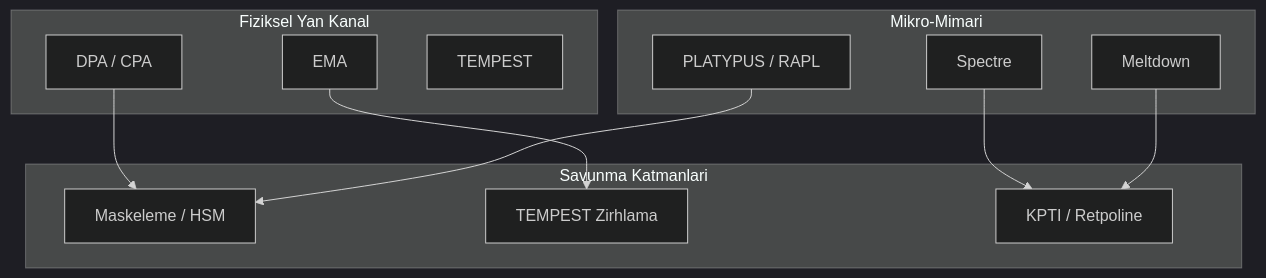
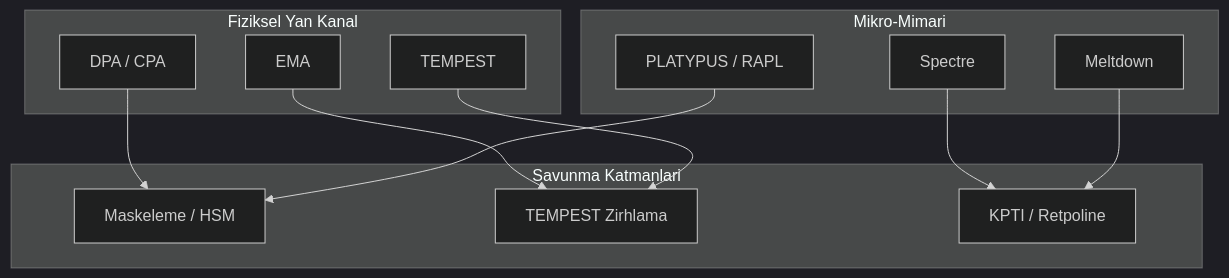
The diagram in src/content/docs/03-donanim-guvenligi/03-yan-kanal-saldirilari.md (yusufarbc/Siber-Guvenlik-Rehberi), drawn with Mermaid (dark theme) before and after one commit. The commit also changed 13 other files, not shown here.

First line of the commit message:
Mermaid diyagramlarındaki yapısal sorunları düzelt, kalabalık olanları sadeleştir

````diff
--- a/src/content/docs/03-donanim-guvenligi/03-yan-kanal-saldirilari.md
+++ b/src/content/docs/03-donanim-guvenligi/03-yan-kanal-saldirilari.md
@@ -56,23 +56,24 @@
 ```mermaid
 flowchart TB
   subgraph Fiziksel["Fiziksel Yan Kanal"]
     DPA["DPA / CPA"]
     EMA["EMA"]
     TEM["TEMPEST"]
   end
   subgraph Mikro["Mikro-Mimari"]
     SPEC["Spectre"]
     MELT["Meltdown"]
     PLAT["PLATYPUS / RAPL"]
   end
   subgraph Savunma["Savunma Katmanlari"]
     MASK["Maskeleme / HSM"]
     ZIRH["TEMPEST Zirhlama"]
     KPTI["KPTI / Retpoline"]
   end
   DPA --> MASK
   EMA --> ZIRH
+  TEM --> ZIRH
   SPEC --> KPTI
   MELT --> KPTI
   PLAT --> MASK
 ```
````
